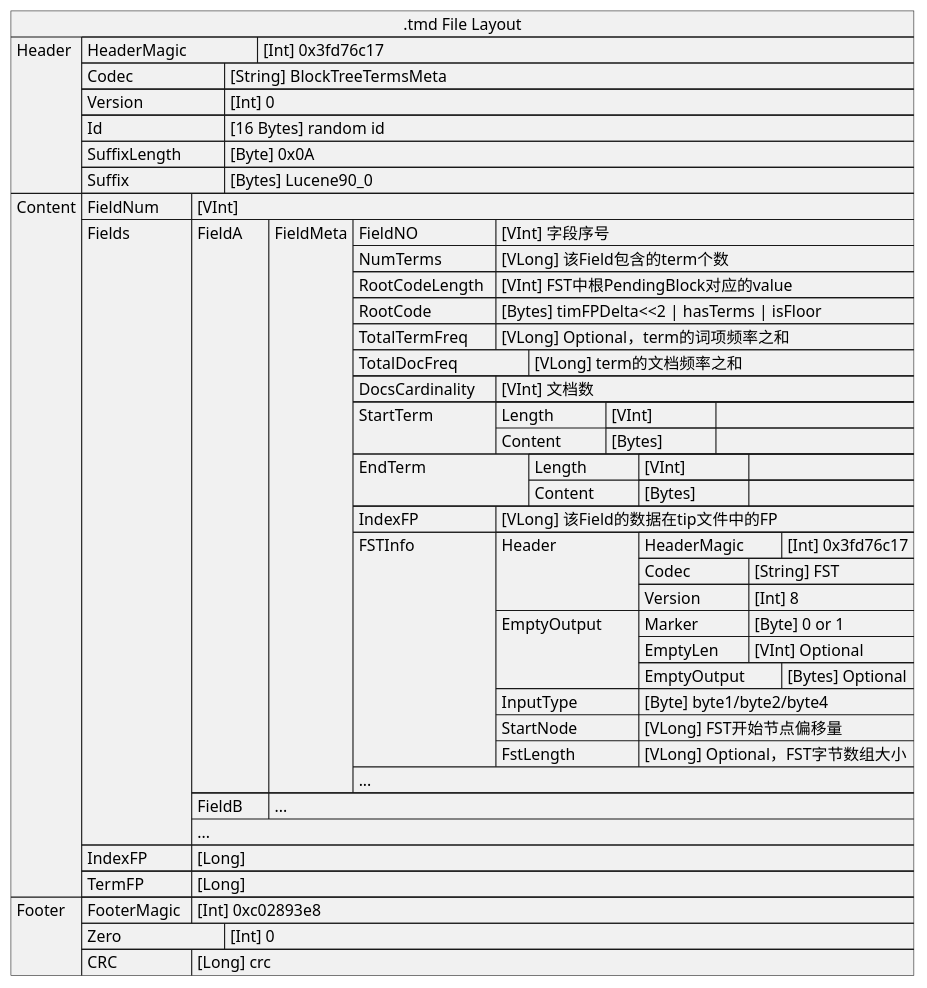
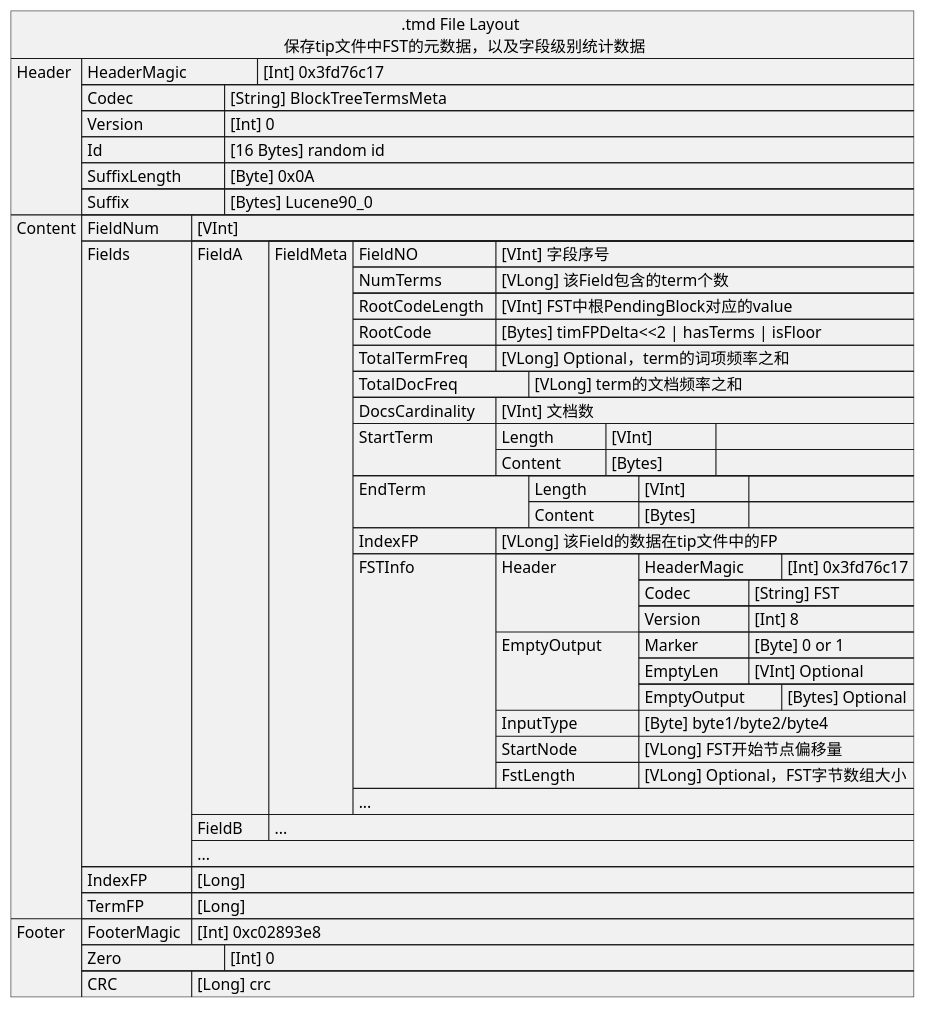
One commit to big-peter/lucene changed the diagram in uml/fileLayout/06.tmd.puml. Above: the diagram before and after it, drawn with PlantUML. The commit also changed 7 other files, not shown here.

Commit message:
add uml desc

```diff
--- a/uml/fileLayout/06.tmd.puml
+++ b/uml/fileLayout/06.tmd.puml
@@ -4,62 +4,62 @@
 @startuml
-json ".tmd File Layout" as J {
+json ".tmd File Layout \n 保存tip文件中FST的元数据，以及字段级别统计数据" as J {
    "Header":[
       {"HeaderMagic\t\t": "[Int] 0x3fd76c17"},
       {"Codec\t\t\t": "[String] BlockTreeTermsMeta"},
       {"Version\t\t\t": "[Int] 0"},
       {"Id\t\t\t\t": "[16 Bytes] random id"},
       {"SuffixLength\t\t": "[Byte] 0x0A"},
       {"Suffix\t\t\t": "[Bytes] Lucene90_0"}
    ],
    "Content":[
       {"FieldNum\t": "[VInt]"},
       {"Fields\t\t": [
           {"FieldA\t": [
              {"FieldMeta": [
                 {"FieldNO\t\t\t": "[VInt] 字段序号"},
                 {"NumTerms\t\t": "[VLong] 该Field包含的term个数"},
                 {"RootCodeLength\t": "[VInt] FST中根PendingBlock对应的value"},
                 {"RootCode\t\t": "[Bytes] timFPDelta<<2 | hasTerms | isFloor"},
                 {"TotalTermFreq\t": "[VLong] Optional，term的词项频率之和"},
                 {"TotalDocFreq\t\t": "[VLong] term的文档频率之和"},
                 {"DocsCardinality\t": "[VInt] 文档数"},
                 {"StartTerm\t\t": {
                     "Length\t\t": {"[VInt]\t\t":[]},
                     "Content\t\t": {"[Bytes]\t\t":[]}
                 }},
                 {"EndTerm\t\t\t": {
                     "Length\t\t": {"[VInt]\t\t":[]},
                     "Content\t\t": {"[Bytes]\t\t":[]}
                 }},
                 {"IndexFP\t\t\t": "[VLong] 该Field的数据在tip文件中的FP"},
                 {"FSTInfo\t\t\t": {
                     "Header\t":[
                         {"HeaderMagic\t": "[Int] 0x3fd76c17"},
                         {"Codec\t\t": "[String] FST"},
                         {"Version\t\t": "[Int] 8"}
                     ],
                     "EmptyOutput\t":[
                         {"Marker\t\t": "[Byte] 0 or 1"},
                         {"EmptyLen\t": "[VInt] Optional"},
                         {"EmptyOutput\t": "[Bytes] Optional"}
                     ],
                     "InputType\t": "[Byte] byte1/byte2/byte4",
                     "StartNode\t": "[VLong] FST开始节点偏移量",
                     "FstLength\t": "[VLong] Optional，FST字节数组大小"
                 }},
                 "..."
              ]}
           ]},
           {"FieldB\t":["..."]},
           "..."
       ]},
       {"IndexFP\t\t": "[Long]"},
       {"TermFP\t\t": "[Long]"}
    ],
    "Footer":[
       {"FooterMagic\t": "[Int] 0xc02893e8"},
       {"Zero\t\t\t": "[Int] 0"},
       {"CRC\t\t\t": "[Long] crc"}
    ]
 }
 @enduml
```
